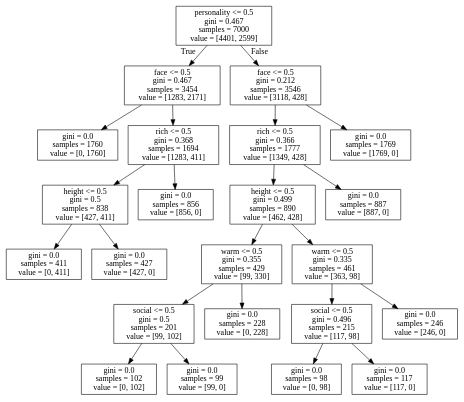
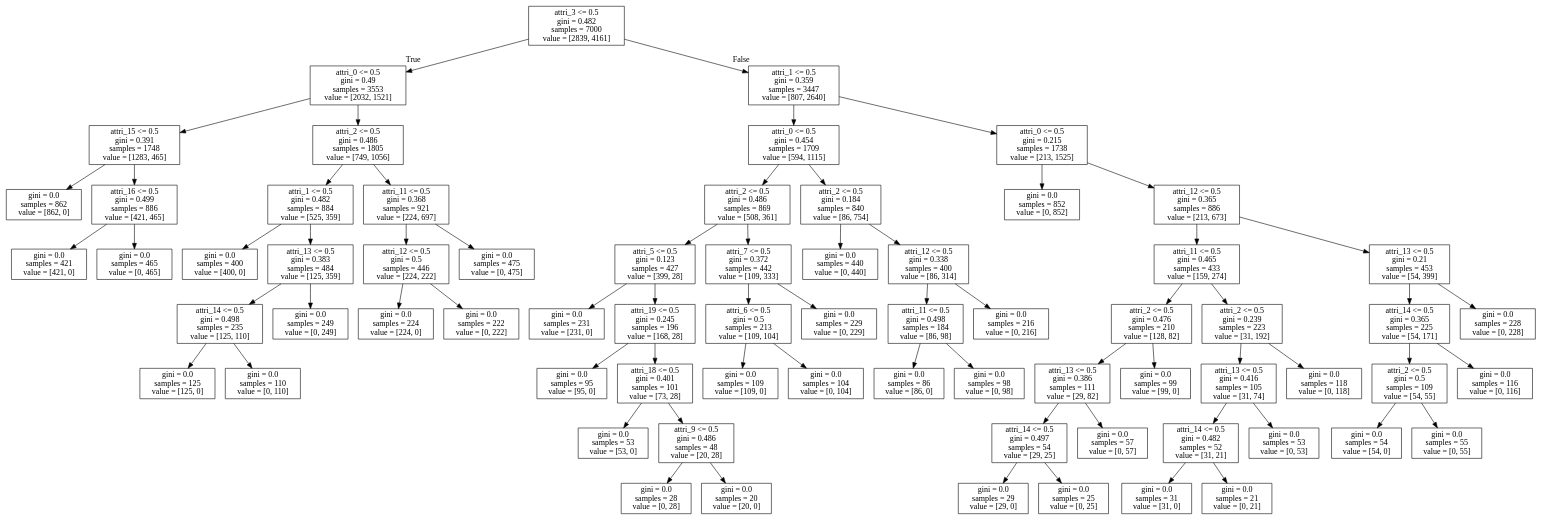
Before and after one commit to ElektrischesSchaf/Data_Mining_2019_Projects: the diagram in Decision_Tree/models/decision_tree_depth7.dot, drawn with Graphviz. The commit also changed 5 other files, not shown here.

```diff
--- a/Decision_Tree/models/decision_tree_depth7.dot
+++ b/Decision_Tree/models/decision_tree_depth7.dot
@@ -1,48 +1,140 @@
 digraph Tree {
 node [shape=box] ;
-0 [label="personality <= 0.5\ngini = 0.467\nsamples = 7000\nvalue = [4401, 2599]"] ;
-1 [label="face <= 0.5\ngini = 0.467\nsamples = 3454\nvalue = [1283, 2171]"] ;
+0 [label="attri_3 <= 0.5\ngini = 0.482\nsamples = 7000\nvalue = [2839, 4161]"] ;
+1 [label="attri_0 <= 0.5\ngini = 0.49\nsamples = 3553\nvalue = [2032, 1521]"] ;
 0 -> 1 [labeldistance=2.5, labelangle=45, headlabel="True"] ;
-2 [label="gini = 0.0\nsamples = 1760\nvalue = [0, 1760]"] ;
+2 [label="attri_15 <= 0.5\ngini = 0.391\nsamples = 1748\nvalue = [1283, 465]"] ;
 1 -> 2 ;
-3 [label="rich <= 0.5\ngini = 0.368\nsamples = 1694\nvalue = [1283, 411]"] ;
-1 -> 3 ;
-4 [label="height <= 0.5\ngini = 0.5\nsamples = 838\nvalue = [427, 411]"] ;
-3 -> 4 ;
-5 [label="gini = 0.0\nsamples = 411\nvalue = [0, 411]"] ;
+3 [label="gini = 0.0\nsamples = 862\nvalue = [862, 0]"] ;
+2 -> 3 ;
+4 [label="attri_16 <= 0.5\ngini = 0.499\nsamples = 886\nvalue = [421, 465]"] ;
+2 -> 4 ;
+5 [label="gini = 0.0\nsamples = 421\nvalue = [421, 0]"] ;
 4 -> 5 ;
-6 [label="gini = 0.0\nsamples = 427\nvalue = [427, 0]"] ;
+6 [label="gini = 0.0\nsamples = 465\nvalue = [0, 465]"] ;
 4 -> 6 ;
-7 [label="gini = 0.0\nsamples = 856\nvalue = [856, 0]"] ;
-3 -> 7 ;
-8 [label="face <= 0.5\ngini = 0.212\nsamples = 3546\nvalue = [3118, 428]"] ;
-0 -> 8 [labeldistance=2.5, labelangle=-45, headlabel="False"] ;
-9 [label="rich <= 0.5\ngini = 0.366\nsamples = 1777\nvalue = [1349, 428]"] ;
+7 [label="attri_2 <= 0.5\ngini = 0.486\nsamples = 1805\nvalue = [749, 1056]"] ;
+1 -> 7 ;
+8 [label="attri_1 <= 0.5\ngini = 0.482\nsamples = 884\nvalue = [525, 359]"] ;
+7 -> 8 ;
+9 [label="gini = 0.0\nsamples = 400\nvalue = [400, 0]"] ;
 8 -> 9 ;
-10 [label="height <= 0.5\ngini = 0.499\nsamples = 890\nvalue = [462, 428]"] ;
-9 -> 10 ;
-11 [label="warm <= 0.5\ngini = 0.355\nsamples = 429\nvalue = [99, 330]"] ;
+10 [label="attri_13 <= 0.5\ngini = 0.383\nsamples = 484\nvalue = [125, 359]"] ;
+8 -> 10 ;
+11 [label="attri_14 <= 0.5\ngini = 0.498\nsamples = 235\nvalue = [125, 110]"] ;
 10 -> 11 ;
-12 [label="social <= 0.5\ngini = 0.5\nsamples = 201\nvalue = [99, 102]"] ;
+12 [label="gini = 0.0\nsamples = 125\nvalue = [125, 0]"] ;
 11 -> 12 ;
-13 [label="gini = 0.0\nsamples = 102\nvalue = [0, 102]"] ;
-12 -> 13 ;
-14 [label="gini = 0.0\nsamples = 99\nvalue = [99, 0]"] ;
-12 -> 14 ;
-15 [label="gini = 0.0\nsamples = 228\nvalue = [0, 228]"] ;
-11 -> 15 ;
-16 [label="warm <= 0.5\ngini = 0.335\nsamples = 461\nvalue = [363, 98]"] ;
-10 -> 16 ;
-17 [label="social <= 0.5\ngini = 0.496\nsamples = 215\nvalue = [117, 98]"] ;
+13 [label="gini = 0.0\nsamples = 110\nvalue = [0, 110]"] ;
+11 -> 13 ;
+14 [label="gini = 0.0\nsamples = 249\nvalue = [0, 249]"] ;
+10 -> 14 ;
+15 [label="attri_11 <= 0.5\ngini = 0.368\nsamples = 921\nvalue = [224, 697]"] ;
+7 -> 15 ;
+16 [label="attri_12 <= 0.5\ngini = 0.5\nsamples = 446\nvalue = [224, 222]"] ;
+15 -> 16 ;
+17 [label="gini = 0.0\nsamples = 224\nvalue = [224, 0]"] ;
 16 -> 17 ;
-18 [label="gini = 0.0\nsamples = 98\nvalue = [0, 98]"] ;
-17 -> 18 ;
-19 [label="gini = 0.0\nsamples = 117\nvalue = [117, 0]"] ;
-17 -> 19 ;
-20 [label="gini = 0.0\nsamples = 246\nvalue = [246, 0]"] ;
-16 -> 20 ;
-21 [label="gini = 0.0\nsamples = 887\nvalue = [887, 0]"] ;
-9 -> 21 ;
-22 [label="gini = 0.0\nsamples = 1769\nvalue = [1769, 0]"] ;
-8 -> 22 ;
+18 [label="gini = 0.0\nsamples = 222\nvalue = [0, 222]"] ;
+16 -> 18 ;
+19 [label="gini = 0.0\nsamples = 475\nvalue = [0, 475]"] ;
+15 -> 19 ;
+20 [label="attri_1 <= 0.5\ngini = 0.359\nsamples = 3447\nvalue = [807, 2640]"] ;
+0 -> 20 [labeldistance=2.5, labelangle=-45, headlabel="False"] ;
+21 [label="attri_0 <= 0.5\ngini = 0.454\nsamples = 1709\nvalue = [594, 1115]"] ;
+20 -> 21 ;
+22 [label="attri_2 <= 0.5\ngini = 0.486\nsamples = 869\nvalue = [508, 361]"] ;
+21 -> 22 ;
+23 [label="attri_5 <= 0.5\ngini = 0.123\nsamples = 427\nvalue = [399, 28]"] ;
+22 -> 23 ;
+24 [label="gini = 0.0\nsamples = 231\nvalue = [231, 0]"] ;
+23 -> 24 ;
+25 [label="attri_19 <= 0.5\ngini = 0.245\nsamples = 196\nvalue = [168, 28]"] ;
+23 -> 25 ;
+26 [label="gini = 0.0\nsamples = 95\nvalue = [95, 0]"] ;
+25 -> 26 ;
+27 [label="attri_18 <= 0.5\ngini = 0.401\nsamples = 101\nvalue = [73, 28]"] ;
+25 -> 27 ;
+28 [label="gini = 0.0\nsamples = 53\nvalue = [53, 0]"] ;
+27 -> 28 ;
+29 [label="attri_9 <= 0.5\ngini = 0.486\nsamples = 48\nvalue = [20, 28]"] ;
+27 -> 29 ;
+30 [label="gini = 0.0\nsamples = 28\nvalue = [0, 28]"] ;
+29 -> 30 ;
+31 [label="gini = 0.0\nsamples = 20\nvalue = [20, 0]"] ;
+29 -> 31 ;
+32 [label="attri_7 <= 0.5\ngini = 0.372\nsamples = 442\nvalue = [109, 333]"] ;
+22 -> 32 ;
+33 [label="attri_6 <= 0.5\ngini = 0.5\nsamples = 213\nvalue = [109, 104]"] ;
+32 -> 33 ;
+34 [label="gini = 0.0\nsamples = 109\nvalue = [109, 0]"] ;
+33 -> 34 ;
+35 [label="gini = 0.0\nsamples = 104\nvalue = [0, 104]"] ;
+33 -> 35 ;
+36 [label="gini = 0.0\nsamples = 229\nvalue = [0, 229]"] ;
+32 -> 36 ;
+37 [label="attri_2 <= 0.5\ngini = 0.184\nsamples = 840\nvalue = [86, 754]"] ;
+21 -> 37 ;
+38 [label="gini = 0.0\nsamples = 440\nvalue = [0, 440]"] ;
+37 -> 38 ;
+39 [label="attri_12 <= 0.5\ngini = 0.338\nsamples = 400\nvalue = [86, 314]"] ;
+37 -> 39 ;
+40 [label="attri_11 <= 0.5\ngini = 0.498\nsamples = 184\nvalue = [86, 98]"] ;
+39 -> 40 ;
+41 [label="gini = 0.0\nsamples = 86\nvalue = [86, 0]"] ;
+40 -> 41 ;
+42 [label="gini = 0.0\nsamples = 98\nvalue = [0, 98]"] ;
+40 -> 42 ;
+43 [label="gini = 0.0\nsamples = 216\nvalue = [0, 216]"] ;
+39 -> 43 ;
+44 [label="attri_0 <= 0.5\ngini = 0.215\nsamples = 1738\nvalue = [213, 1525]"] ;
+20 -> 44 ;
+45 [label="gini = 0.0\nsamples = 852\nvalue = [0, 852]"] ;
+44 -> 45 ;
+46 [label="attri_12 <= 0.5\ngini = 0.365\nsamples = 886\nvalue = [213, 673]"] ;
+44 -> 46 ;
+47 [label="attri_11 <= 0.5\ngini = 0.465\nsamples = 433\nvalue = [159, 274]"] ;
+46 -> 47 ;
+48 [label="attri_2 <= 0.5\ngini = 0.476\nsamples = 210\nvalue = [128, 82]"] ;
+47 -> 48 ;
+49 [label="attri_13 <= 0.5\ngini = 0.386\nsamples = 111\nvalue = [29, 82]"] ;
+48 -> 49 ;
+50 [label="attri_14 <= 0.5\ngini = 0.497\nsamples = 54\nvalue = [29, 25]"] ;
+49 -> 50 ;
+51 [label="gini = 0.0\nsamples = 29\nvalue = [29, 0]"] ;
+50 -> 51 ;
+52 [label="gini = 0.0\nsamples = 25\nvalue = [0, 25]"] ;
+50 -> 52 ;
+53 [label="gini = 0.0\nsamples = 57\nvalue = [0, 57]"] ;
+49 -> 53 ;
+54 [label="gini = 0.0\nsamples = 99\nvalue = [99, 0]"] ;
+48 -> 54 ;
+55 [label="attri_2 <= 0.5\ngini = 0.239\nsamples = 223\nvalue = [31, 192]"] ;
+47 -> 55 ;
+56 [label="attri_13 <= 0.5\ngini = 0.416\nsamples = 105\nvalue = [31, 74]"] ;
+55 -> 56 ;
+57 [label="attri_14 <= 0.5\ngini = 0.482\nsamples = 52\nvalue = [31, 21]"] ;
+56 -> 57 ;
+58 [label="gini = 0.0\nsamples = 31\nvalue = [31, 0]"] ;
+57 -> 58 ;
+59 [label="gini = 0.0\nsamples = 21\nvalue = [0, 21]"] ;
+57 -> 59 ;
+60 [label="gini = 0.0\nsamples = 53\nvalue = [0, 53]"] ;
+56 -> 60 ;
+61 [label="gini = 0.0\nsamples = 118\nvalue = [0, 118]"] ;
+55 -> 61 ;
+62 [label="attri_13 <= 0.5\ngini = 0.21\nsamples = 453\nvalue = [54, 399]"] ;
+46 -> 62 ;
+63 [label="attri_14 <= 0.5\ngini = 0.365\nsamples = 225\nvalue = [54, 171]"] ;
+62 -> 63 ;
+64 [label="attri_2 <= 0.5\ngini = 0.5\nsamples = 109\nvalue = [54, 55]"] ;
+63 -> 64 ;
+65 [label="gini = 0.0\nsamples = 54\nvalue = [54, 0]"] ;
+64 -> 65 ;
+66 [label="gini = 0.0\nsamples = 55\nvalue = [0, 55]"] ;
+64 -> 66 ;
+67 [label="gini = 0.0\nsamples = 116\nvalue = [0, 116]"] ;
+63 -> 67 ;
+68 [label="gini = 0.0\nsamples = 228\nvalue = [0, 228]"] ;
+62 -> 68 ;
 }
```
